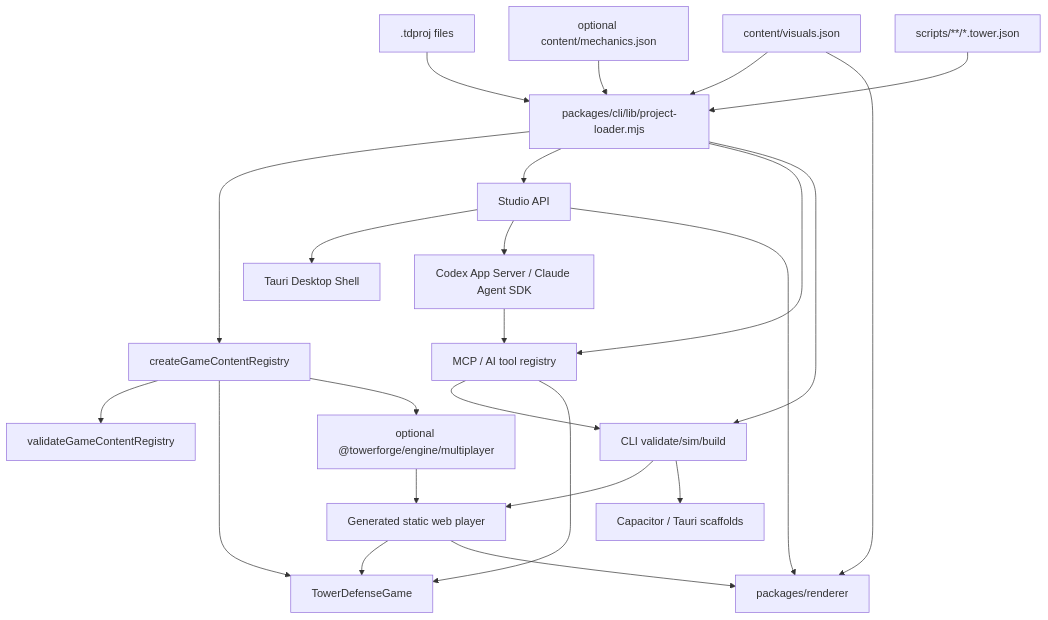
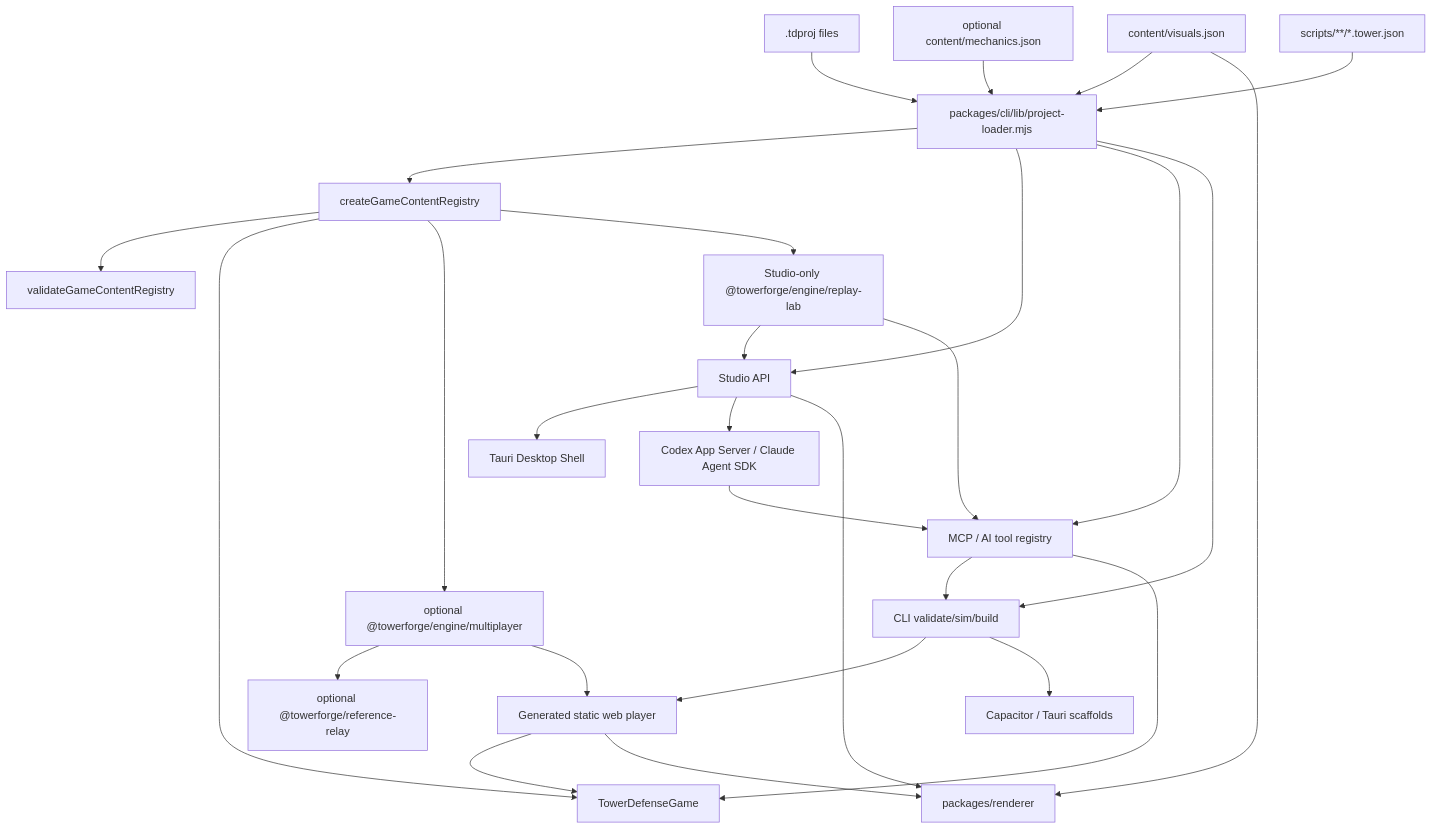
The diagram in ARCHITECTURE.md (Lindforge-Studios/TowerForge), drawn with Mermaid before and after one commit. The commit also changed other lines of this file and 58 other files, not shown here.

Commit message:
feat: complete R16 Ghost Replay Lab

````diff
--- a/ARCHITECTURE.md
+++ b/ARCHITECTURE.md
@@ -47,26 +49,30 @@
 ```mermaid
 flowchart TD
   Project[".tdproj files"] --> Loader["packages/cli/lib/project-loader.mjs"]
   Mechanics["optional content/mechanics.json"] --> Loader
   Visuals["content/visuals.json"] --> Loader
   Scripts["scripts/**/*.tower.json"] --> Loader
   Loader --> Registry["createGameContentRegistry"]
   Registry --> Validate["validateGameContentRegistry"]
   Registry --> Sim["TowerDefenseGame"]
   Registry --> Match["optional @towerforge/engine/multiplayer"]
+  Registry --> ReplayLab["Studio-only @towerforge/engine/replay-lab"]
+  Match --> Relay["optional @towerforge/reference-relay"]
   Loader --> Studio["Studio API"]
   Studio --> Desktop["Tauri Desktop Shell"]
   Loader --> MCP["MCP / AI tool registry"]
   Studio --> Runtime["Codex App Server / Claude Agent SDK"]
   Runtime --> MCP
   Loader --> CLI["CLI validate/sim/build"]
   CLI --> Player["Generated static web player"]
   Match --> Player
   CLI --> Package["Capacitor / Tauri scaffolds"]
   MCP --> CLI
   MCP --> Sim
   Player --> Sim
   Player --> Renderer["packages/renderer"]
   Studio --> Renderer
+  ReplayLab --> Studio
+  ReplayLab --> MCP
   Visuals --> Renderer
 ```
````
